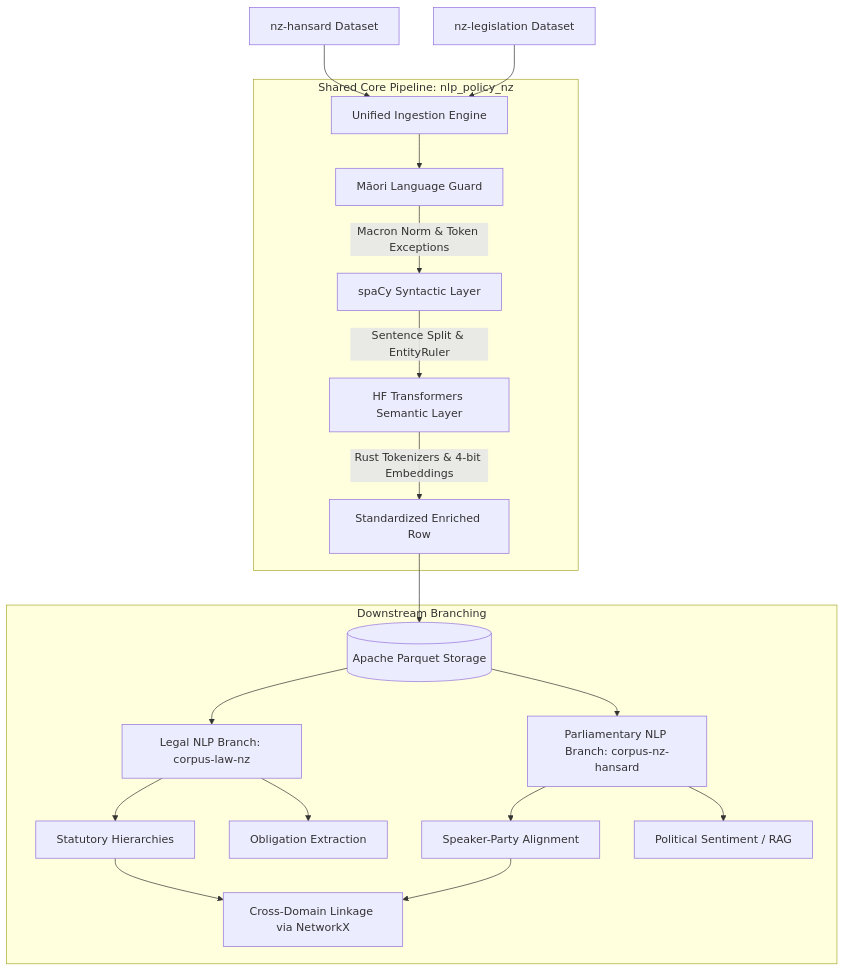
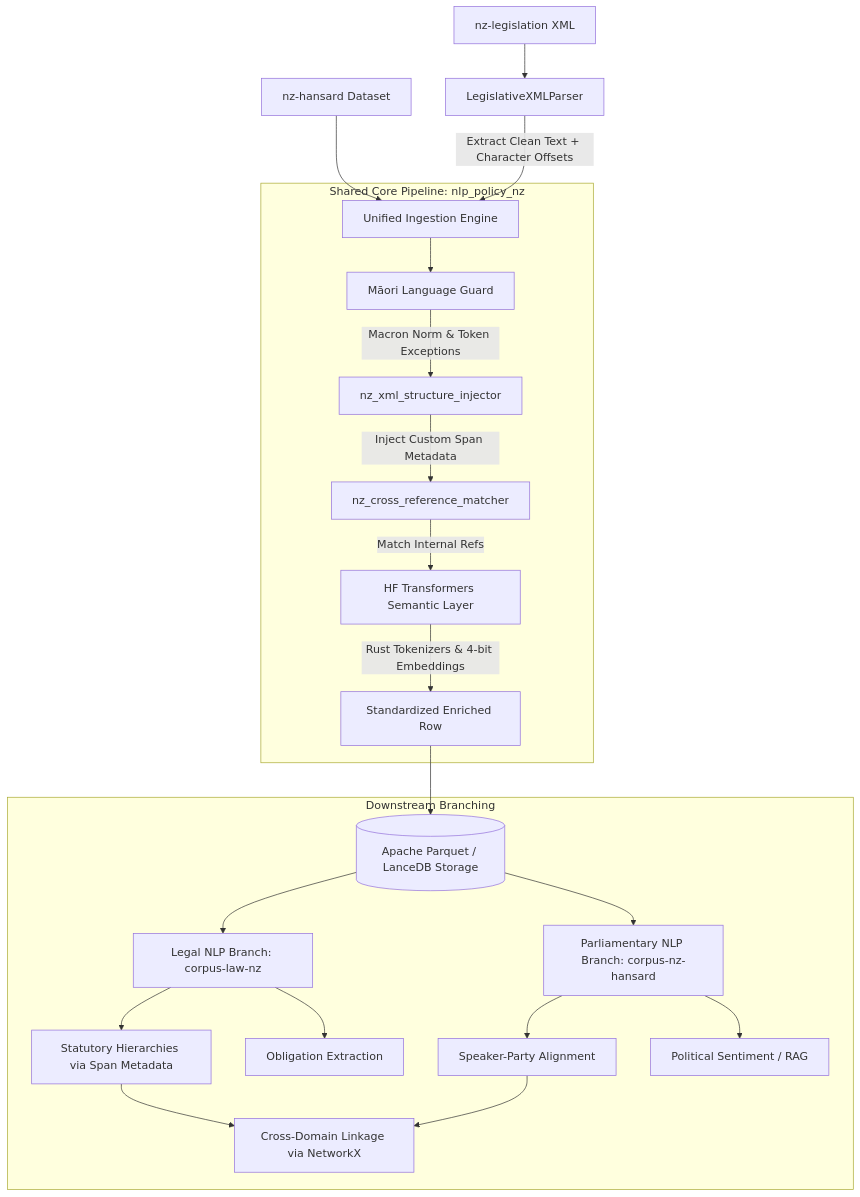
Before and after one commit to edithatogo/nlp-policy-nz: the diagram in conductor/design.md, drawn with Mermaid. The commit also changed other lines of this file and 12 other files, not shown here.

````diff
--- a/conductor/design.md
+++ b/conductor/design.md
@@ -9,27 +9,29 @@
 ```mermaid
 graph TD
     A[nz-hansard Dataset] --> D[Unified Ingestion Engine]
-    B[nz-legislation Dataset] --> D
+    B[nz-legislation XML] --> C[LegislativeXMLParser]
+    C -->|Extract Clean Text + Character Offsets| D
     
     subgraph Shared Core Pipeline: nlp_policy_nz
         D --> E[Māori Language Guard]
-        E -->|Macron Norm & Token Exceptions| F[spaCy Syntactic Layer]
-        F -->|Sentence Split & EntityRuler| G[HF Transformers Semantic Layer]
-        G -->|Rust Tokenizers & 4-bit Embeddings| H[Standardized Enriched Row]
+        E -->|Macron Norm & Token Exceptions| F[nz_xml_structure_injector]
+        F -->|Inject Custom Span Metadata| G[nz_cross_reference_matcher]
+        G -->|Match Internal Refs| H[HF Transformers Semantic Layer]
+        H -->|Rust Tokenizers & 4-bit Embeddings| I[Standardized Enriched Row]
     end
     
-    H --> I[(Apache Parquet Storage)]
+    I --> J[(Apache Parquet / LanceDB Storage)]
     
     subgraph Downstream Branching
-        I --> J[Legal NLP Branch: corpus-law-nz]
-        I --> K[Parliamentary NLP Branch: corpus-nz-hansard]
+        J --> K[Legal NLP Branch: corpus-law-nz]
+        J --> L[Parliamentary NLP Branch: corpus-nz-hansard]
         
-        J --> L[Statutory Hierarchies]
-        J --> M[Obligation Extraction]
+        K --> M[Statutory Hierarchies via Span Metadata]
+        K --> N[Obligation Extraction]
         
-        K --> N[Speaker-Party Alignment]
-        K --> O[Political Sentiment / RAG]
+        L --> O[Speaker-Party Alignment]
+        L --> P[Political Sentiment / RAG]
         
-        L & N --> P[Cross-Domain Linkage via NetworkX]
+        M & O --> Q[Cross-Domain Linkage via NetworkX]
     end
 ```
````
